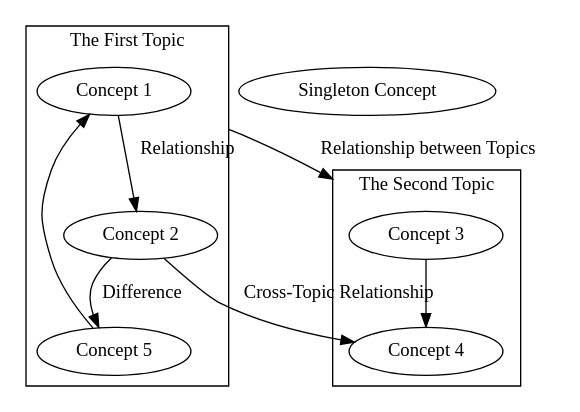
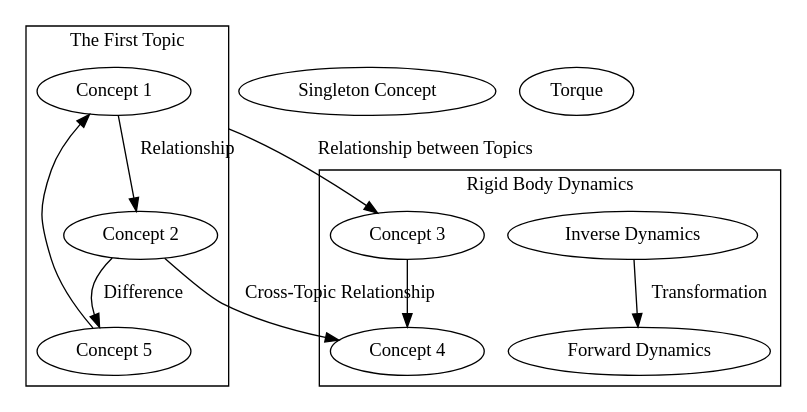
The diagram in graph.dot (Weizhe-Chen/KnowledgeGraph), drawn with Graphviz before and after one commit. The commit also changed 14 other files, not shown here.

Commit message:
Added nodes and links.

```diff
--- a/graph.dot
+++ b/graph.dot
@@ -1,24 +1,33 @@
 digraph G{
   rankdir="TB";  // Top-down layout. Try LR for left-right layout.
   compound = true; // Allow edges between clusters.
   subgraph cluster_topic_1 {
     color = black;
     label = "The First Topic";
+    // Nodes
     "Concept 1";
     "Concept 2";
     "Concept 5";
+    // Links
     "Concept 1" -> "Concept 2" [label="Relationship"];
     "Concept 2" -> "Concept 5" [label="Difference"];
     "Concept 5" -> "Concept 1";
   }
-  subgraph cluster_topic_2 {
+  subgraph cluster_rigid_body_dynamics {
     color = black;
-    label = "The Second Topic";
+    label = "Rigid Body Dynamics";
+    href = "./nodes/html/rigid_body_dynamics.html";
+    // Nodes
     "Concept 3";
     "Concept 4";
+    "Forward Dynamics" [href="./nodes/html/forward_dynamics.html"]
+    "Inverse Dynamics" [href="./nodes/html/inverse_dynamics.html"]
+    // Links
     "Concept 3" -> "Concept 4";
+    "Inverse Dynamics" -> "Forward Dynamics" [label="Transformation", href="./links/html/forward_inverse_dynamics.html"]
   }
   "Singleton Concept";
+  "Torque" [href="./nodes/html/torque.html"];
   "Concept 1" -> "Concept 3" [label="Relationship between Topics", ltail="cluster_topic_1", lhead="cluster_topic_2"];
   "Concept 2" -> "Concept 4" [label="Cross-Topic Relationship"];
 }
```
